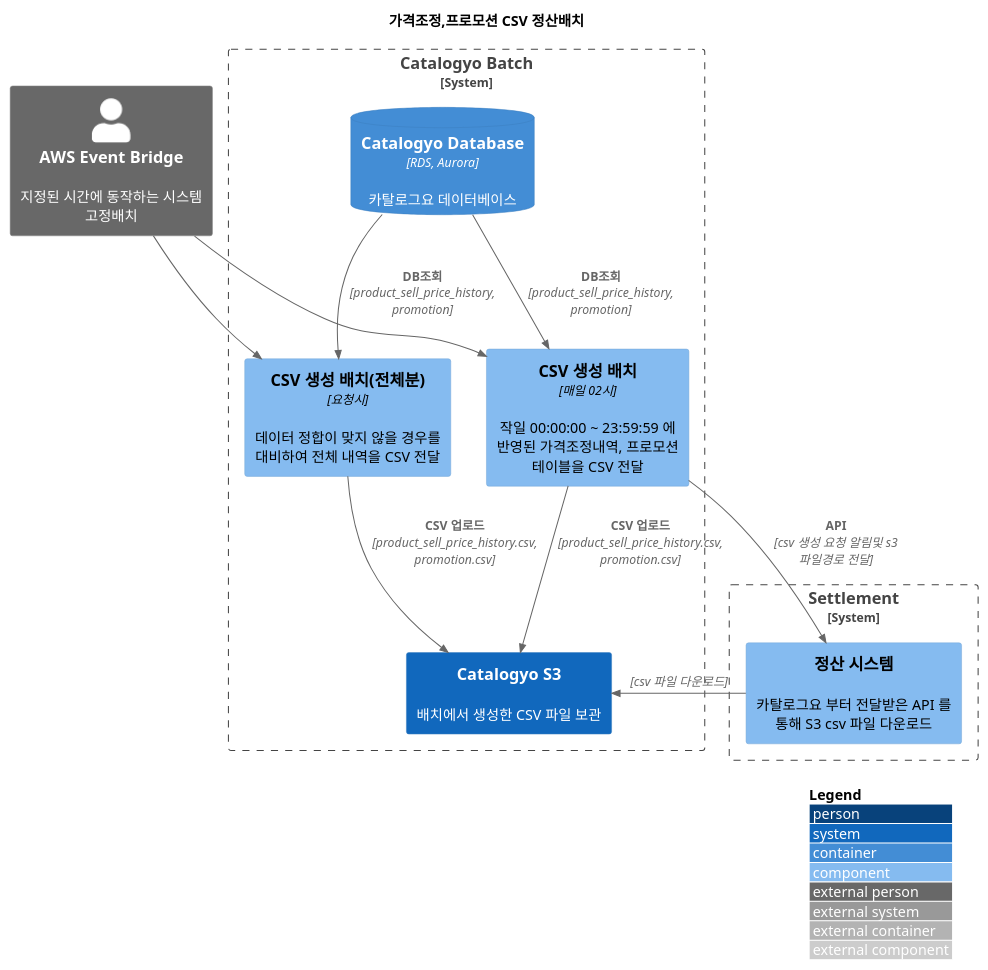
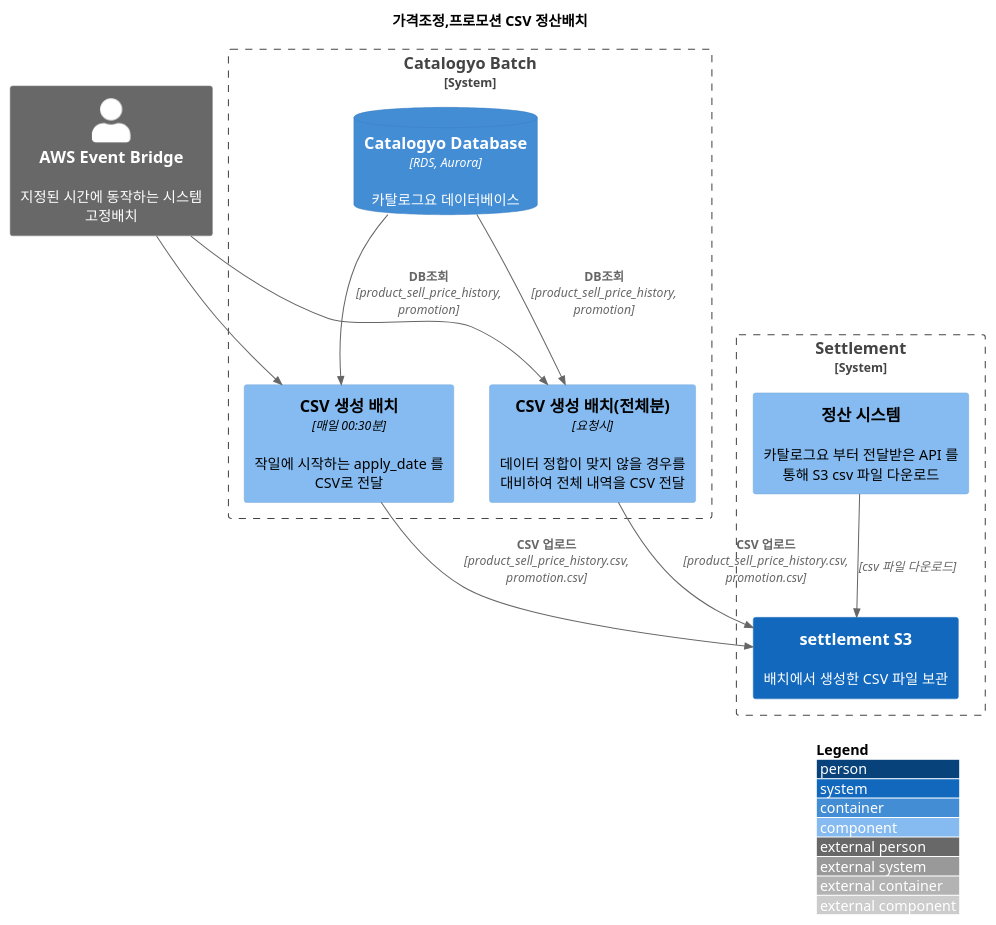
The diagram in component/sell_price_calculate_component.plantuml (koo-bonsoo/plantuml), drawn with PlantUML before and after one commit.

```diff
--- a/component/sell_price_calculate_component.plantuml
+++ b/component/sell_price_calculate_component.plantuml
@@ -1,38 +1,38 @@
 @startuml
 !include https://raw.githubusercontent.com/plantuml-stdlib/C4-PlantUML/master/C4_Component.puml
 ' uncomment the following line and comment the first to use locally
 ' !include C4_Component.puml
 
 LAYOUT_WITH_LEGEND()
 
 title 가격조정,프로모션 CSV 정산배치
 
 
 Person_Ext(event, "AWS Event Bridge", "지정된 시간에 동작하는 시스템 고정배치")
 
 System_Boundary(catalogyo_batch, "Catalogyo Batch"){
-    Component(catalogyo_batch_1, "CSV 생성 배치" , "매일 02시", "작일 00:00:00 ~ 23:59:59 에 반영된 가격조정내역, 프로모션 테이블을 CSV 전달")
+    Component(catalogyo_batch_1, "CSV 생성 배치" , "매일 00:30분", "작일에 시작하는 apply_date 를 CSV로 전달")
     Component(catalogyo_batch_2, "CSV 생성 배치(전체분)" , "요청시", "데이터 정합이 맞지 않을 경우를 대비하여 전체 내역을 CSV 전달")
     ContainerDb(catalogyo_db, "Catalogyo Database", "RDS, Aurora", "카탈로그요 데이터베이스")
-    System(catalogyo_s3, "Catalogyo S3", "배치에서 생성한 CSV 파일 보관", "")
 }
 
 System_Boundary(settlement, "Settlement"){
+    System(settlement_s3, "settlement S3", "배치에서 생성한 CSV 파일 보관", "")
     Component(settlement_1, "정산 시스템" , "", "카탈로그요 부터 전달받은 API 를 통해 S3 csv 파일 다운로드")
 }
 
 
 
 Rel(event, catalogyo_batch_1, " ")
 Rel(event, catalogyo_batch_2, " ")
 
 Rel(catalogyo_db, catalogyo_batch_1, "DB조회", "product_sell_price_history, promotion")
 Rel(catalogyo_db, catalogyo_batch_2, "DB조회", "product_sell_price_history, promotion")
-Rel(catalogyo_batch_1, catalogyo_s3, "CSV 업로드", "product_sell_price_history.csv, promotion.csv")
-Rel(catalogyo_batch_2, catalogyo_s3, "CSV 업로드", "product_sell_price_history.csv, promotion.csv")
+Rel(catalogyo_batch_1, settlement_s3, "CSV 업로드", "product_sell_price_history.csv, promotion.csv")
+Rel(catalogyo_batch_2, settlement_s3, "CSV 업로드", "product_sell_price_history.csv, promotion.csv")
 
-Rel(catalogyo_batch_1, settlement_1, "API", "csv 생성 요청 알림및 s3 파일경로 전달")
-Rel(settlement_1, catalogyo_s3, "", "csv 파일 다운로드")
+
+Rel(settlement_1, settlement_s3, "", "csv 파일 다운로드")
 
 
 @enduml
```
